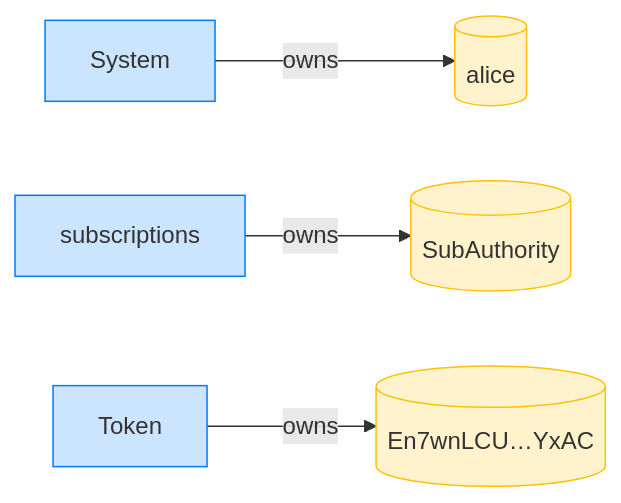
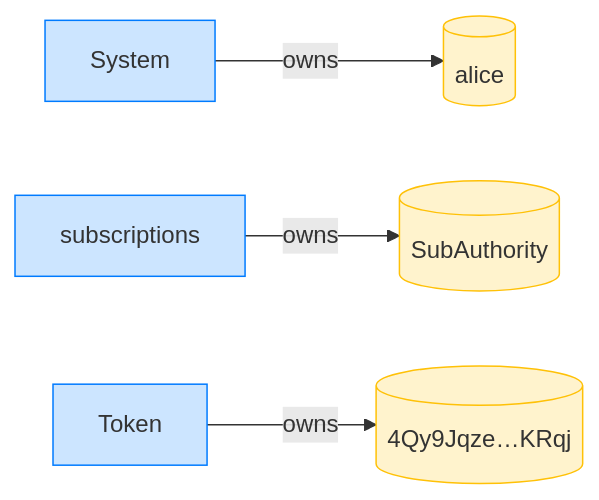
The fourth of 8 diagrams in dsl_tests/recurring-transfer-exceeding-the-period-limit-is-refused.md (cds-rs/subscriptions), drawn with Mermaid before and after one commit. The commit also changed other lines of this file and 224 other files, not shown here.

````diff
--- a/dsl_tests/recurring-transfer-exceeding-the-period-limit-is-refused.md
+++ b/dsl_tests/recurring-transfer-exceeding-the-period-limit-is-refused.md
@@ -73,14 +78,14 @@
 ```mermaid
 flowchart LR
     classDef owner fill:#cce5ff,stroke:#007bff;
     classDef account fill:#fff3cd,stroke:#ffc107;
     System[System]:::owner
     alice[(alice)]:::account
     subscriptions[subscriptions]:::owner
     SubAuthority[(SubAuthority)]:::account
     Token[Token]:::owner
-    En7wnLCU_YxAC[("En7wnLCU…YxAC")]:::account
+    4Qy9Jqze_KRqj[("4Qy9Jqze…KRqj")]:::account
     System -->|owns| alice
     subscriptions -->|owns| SubAuthority
-    Token -->|owns| En7wnLCU_YxAC
+    Token -->|owns| 4Qy9Jqze_KRqj
 ```
````
